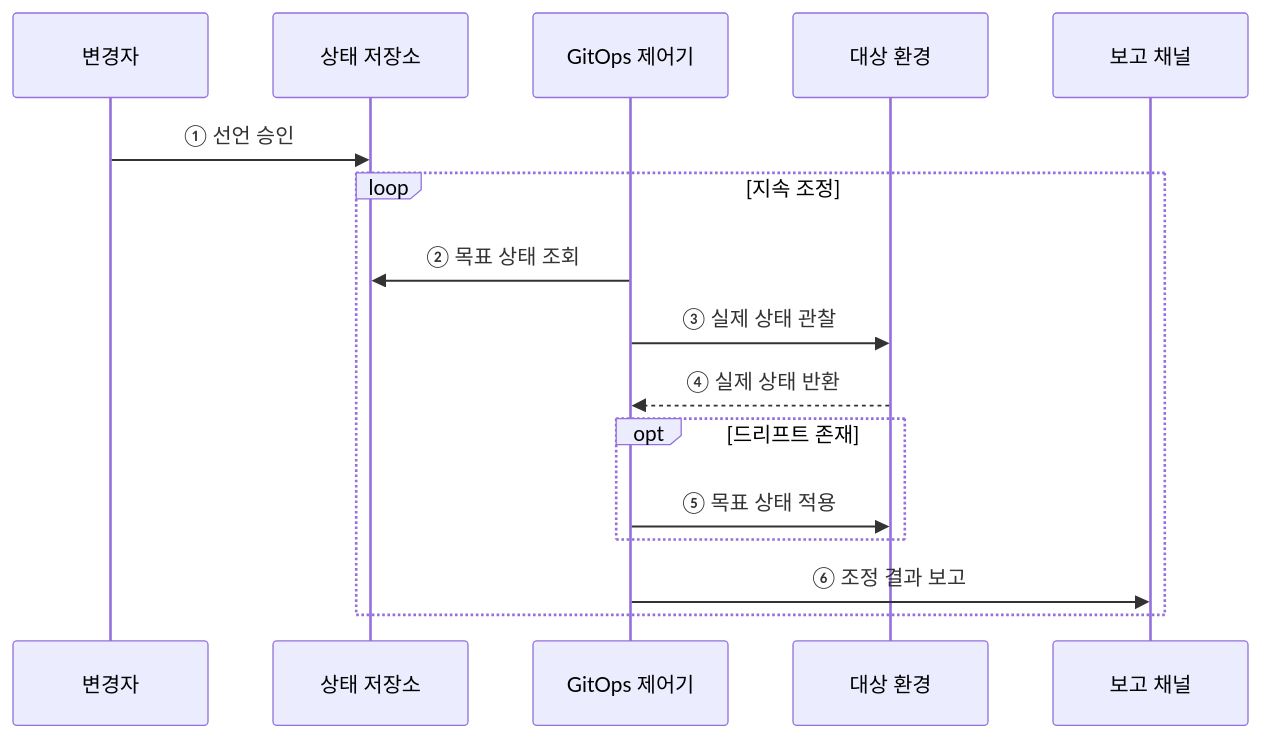
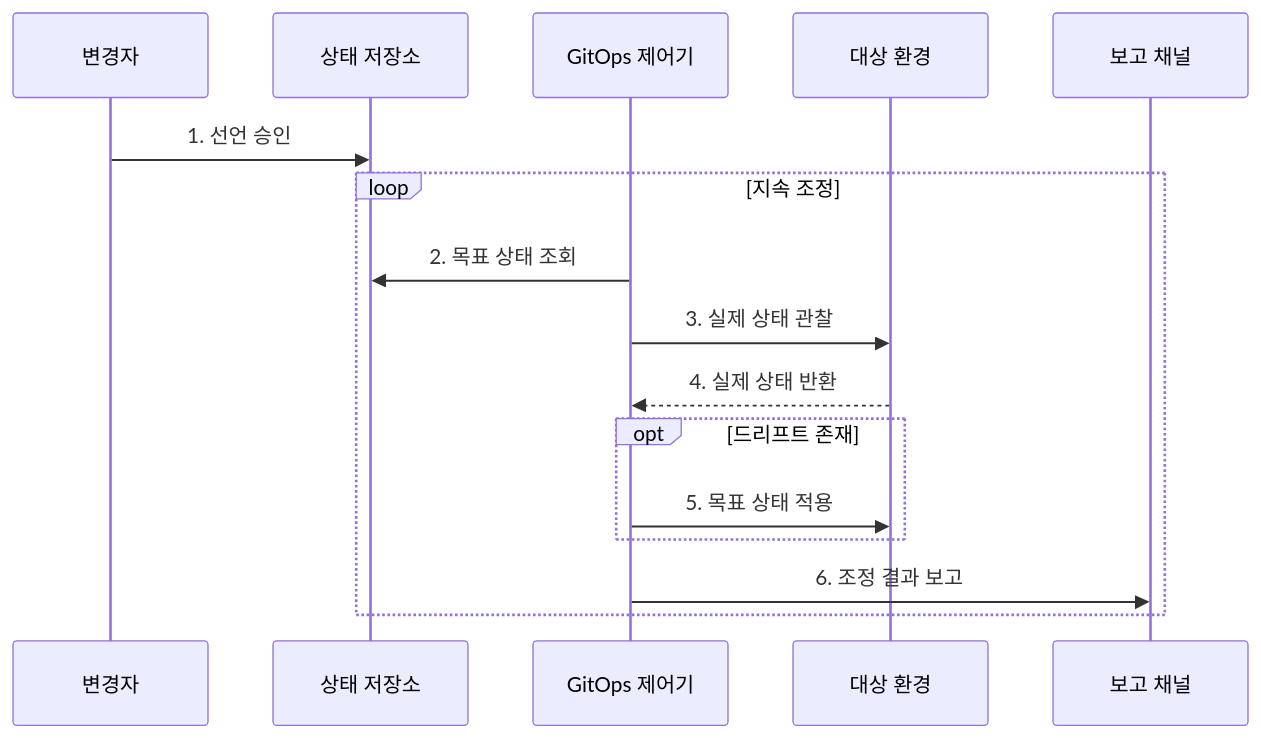
Before and after one commit to agnusdei1207/knowledge-base: the second of 2 diagrams in src/content/docs/notes/03-software/055_gitops.md, drawn with Mermaid. The commit also changed other lines of this file and 20 other files, not shown here.

````diff
--- a/src/content/docs/notes/03-software/055_gitops.md
+++ b/src/content/docs/notes/03-software/055_gitops.md
@@ -84,18 +85,18 @@
 ```mermaid
 sequenceDiagram
     participant U as 변경자
     participant R as 상태 저장소
     participant C as GitOps 제어기
     participant E as 대상 환경
     participant N as 보고 채널
-    U->>R: ① 선언 승인
+    U->>R: 1. 선언 승인
     loop 지속 조정
-        C->>R: ② 목표 상태 조회
-        C->>E: ③ 실제 상태 관찰
-        E-->>C: ④ 실제 상태 반환
+        C->>R: 2. 목표 상태 조회
+        C->>E: 3. 실제 상태 관찰
+        E-->>C: 4. 실제 상태 반환
         opt 드리프트 존재
-            C->>E: ⑤ 목표 상태 적용
+            C->>E: 5. 목표 상태 적용
         end
-        C->>N: ⑥ 조정 결과 보고
+        C->>N: 6. 조정 결과 보고
     end
 ```
````
